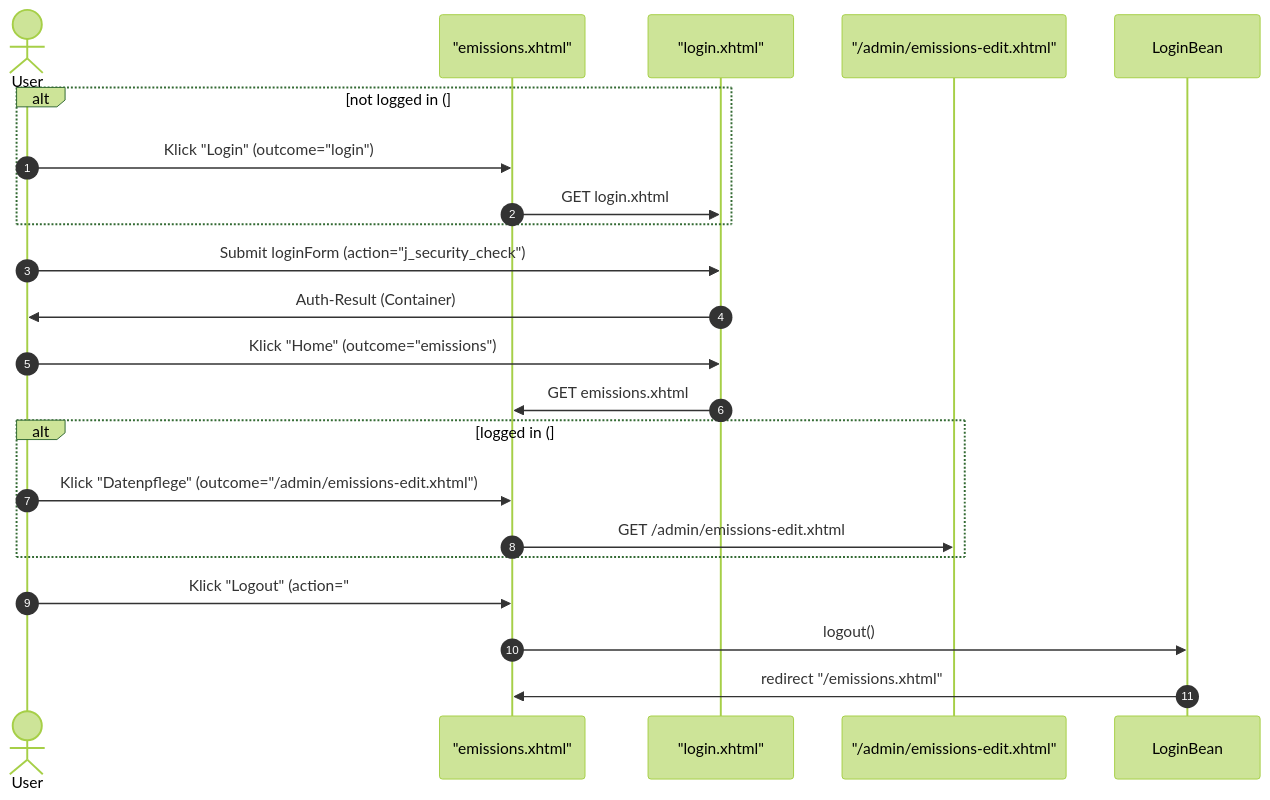
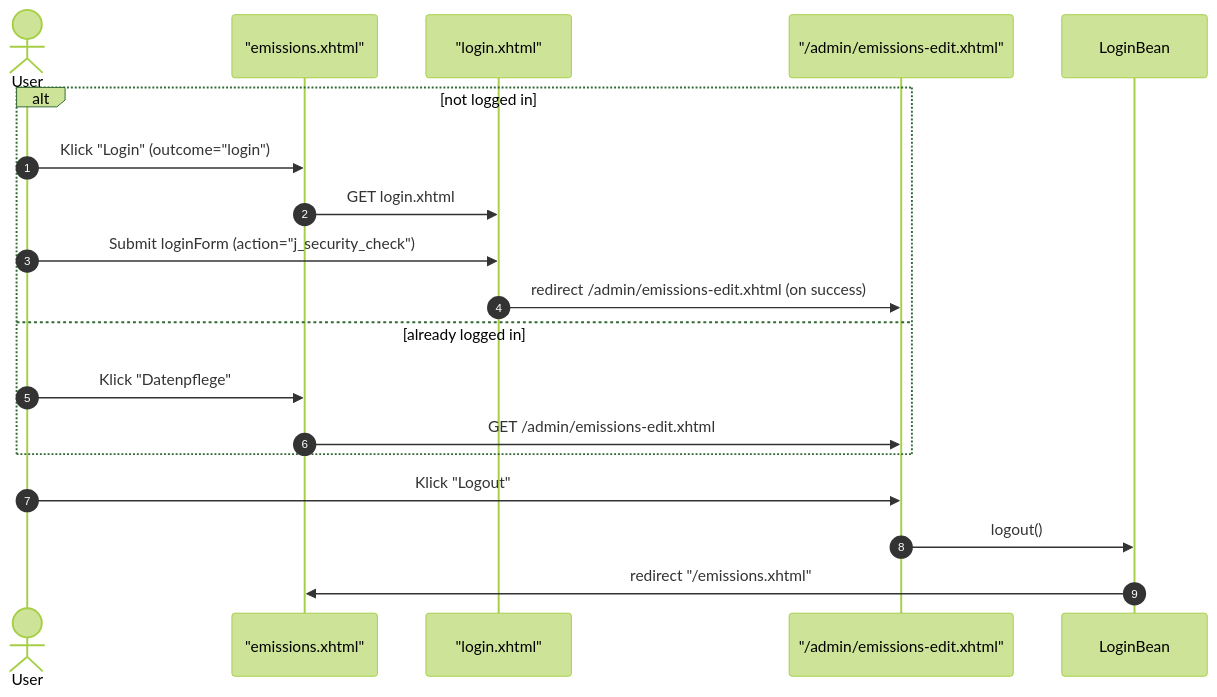
The third of 5 diagrams in README.md (Seifroh/hero2zero), drawn with Mermaid (forest theme) before and after one commit.

````diff
--- a/README.md
+++ b/README.md
@@ -102,28 +102,23 @@
 ```mermaid
 sequenceDiagram
   autonumber
   actor User
   participant EmissionsPage as "emissions.xhtml"
   participant LoginPage as "login.xhtml"
   participant AdminPage as "/admin/emissions-edit.xhtml"
   participant LoginBean
 
-  alt not logged in (#{loginBean.loggedIn} == false)
+  alt not logged in
     User ->> EmissionsPage: Klick "Login" (outcome="login")
     EmissionsPage ->> LoginPage: GET login.xhtml
-  end
-
-  User ->> LoginPage: Submit loginForm (action="j_security_check")
-  LoginPage ->> User: Auth-Result (Container)
-  User ->> LoginPage: Klick "Home" (outcome="emissions")
-  LoginPage ->> EmissionsPage: GET emissions.xhtml
-
-  alt logged in (#{loginBean.loggedIn} == true)
-    User ->> EmissionsPage: Klick "Datenpflege" (outcome="/admin/emissions-edit.xhtml")
+    User ->> LoginPage: Submit loginForm (action="j_security_check")
+    LoginPage ->> AdminPage: redirect /admin/emissions-edit.xhtml (on success)
+  else already logged in
+    User ->> EmissionsPage: Klick "Datenpflege"
     EmissionsPage ->> AdminPage: GET /admin/emissions-edit.xhtml
   end
 
-  User ->> EmissionsPage: Klick "Logout" (action="#{loginBean.logout()}")
-  EmissionsPage ->> LoginBean: logout()
+  User ->> AdminPage: Klick "Logout"
+  AdminPage ->> LoginBean: logout()
   LoginBean ->> EmissionsPage: redirect "/emissions.xhtml"
 ```
````
